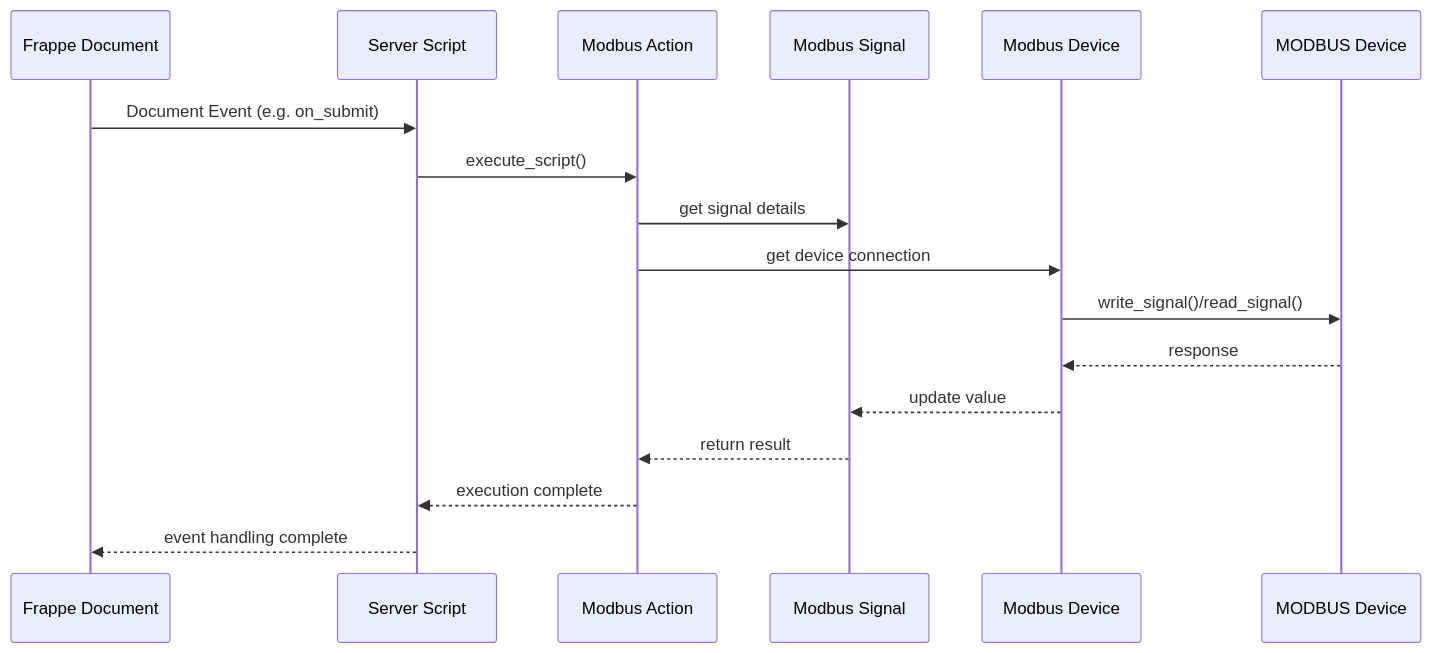
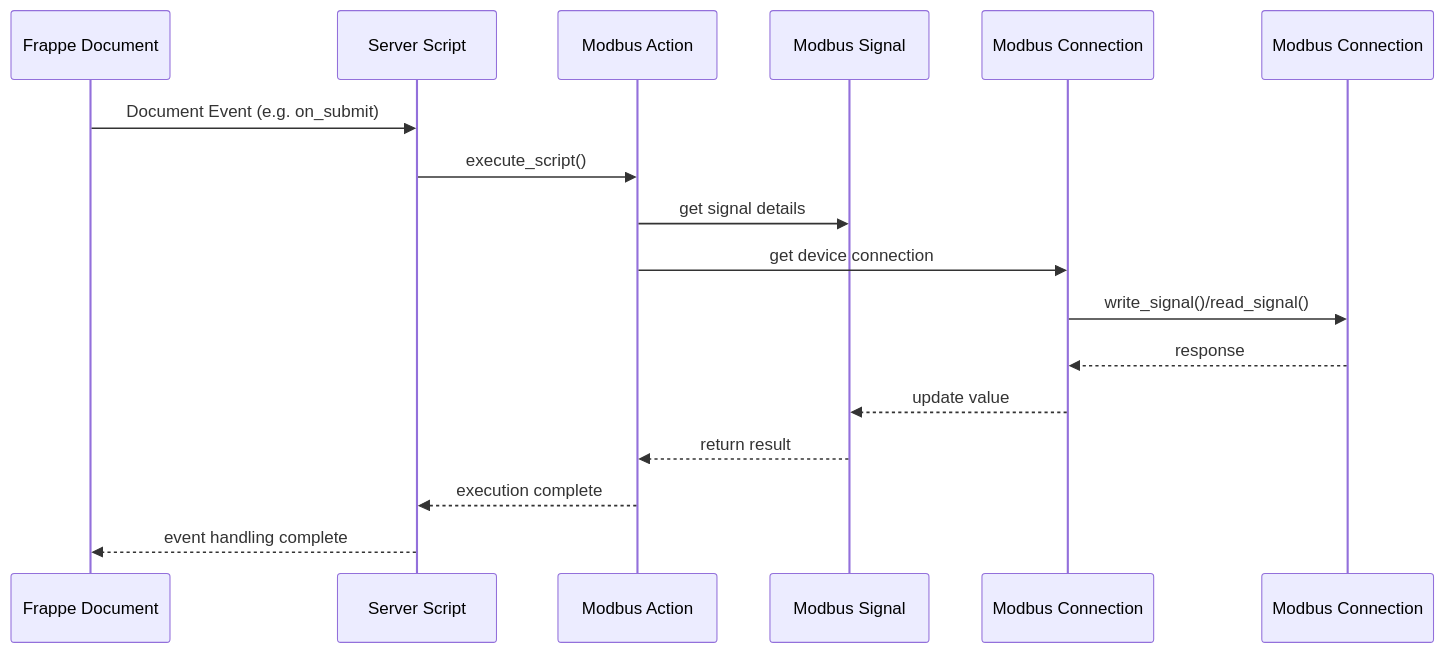
The second of 3 diagrams in doc/Epibus Architecture.md (appliedrelevance/epibus), drawn with Mermaid before and after one commit. The commit also changed other lines of this file and 17 other files, not shown here.

````diff
--- a/doc/Epibus Architecture.md
+++ b/doc/Epibus Architecture.md
@@ -63,20 +63,20 @@
 ```mermaid
 sequenceDiagram
     participant Doc as Frappe Document
     participant Script as Server Script
     participant Action as Modbus Action
     participant Signal as Modbus Signal
-    participant Device as Modbus Device
-    participant PLC as MODBUS Device
+    participant Device as Modbus Connection
+    participant PLC as Modbus Connection
 
     Doc->>Script: Document Event (e.g. on_submit)
     Script->>Action: execute_script()
     Action->>Signal: get signal details
     Action->>Device: get device connection
     Device->>PLC: write_signal()/read_signal()
     PLC-->>Device: response
     Device-->>Signal: update value
     Signal-->>Action: return result
     Action-->>Script: execution complete
     Script-->>Doc: event handling complete
 ```
````
